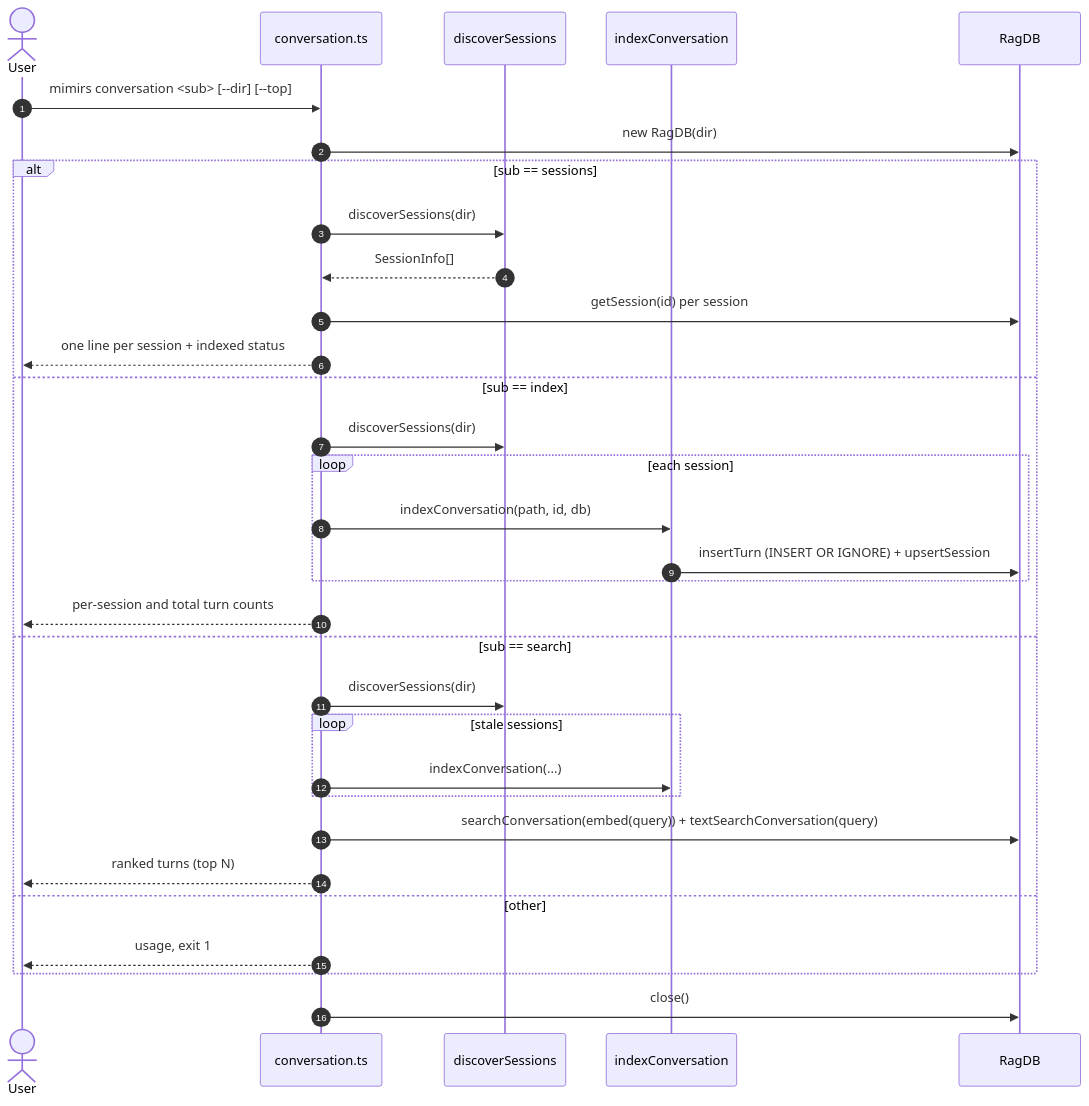
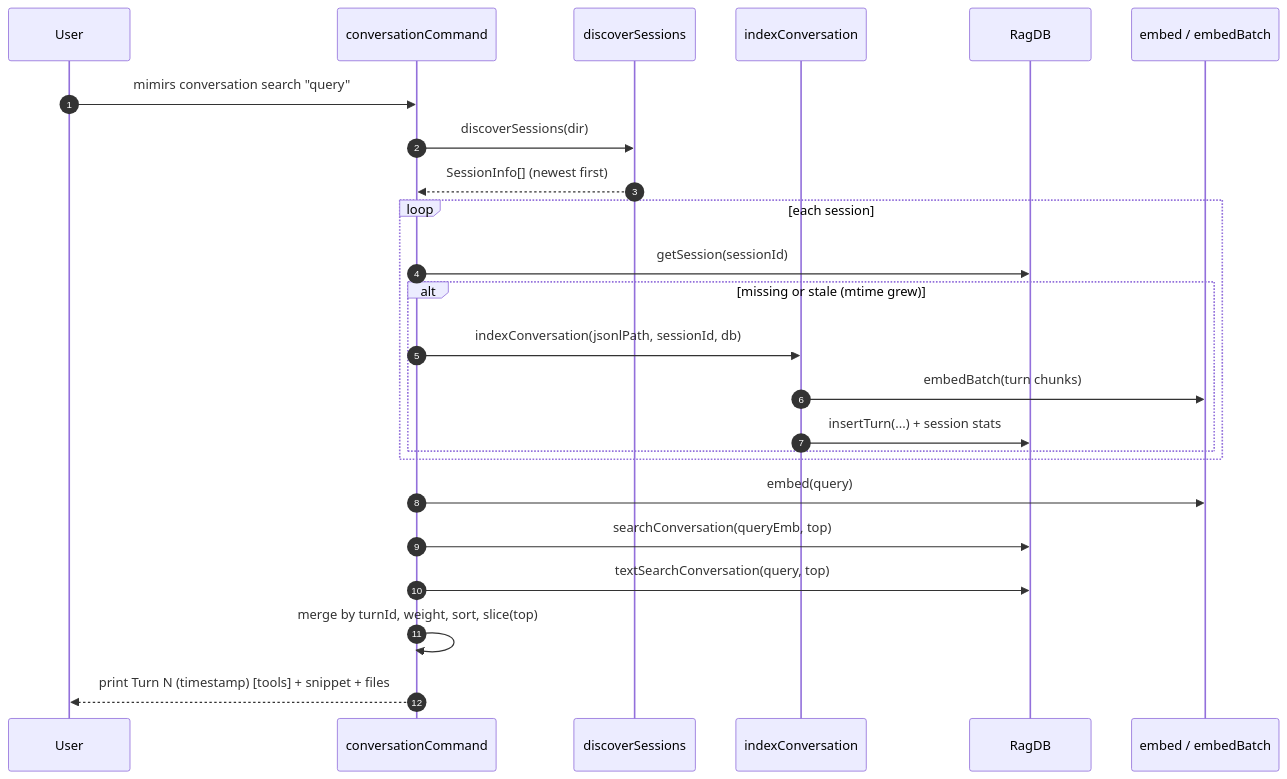
Before and after one commit to TheWinci/mimirs: the diagram in wiki/cli/conversation.md, drawn with Mermaid. The commit also changed other lines of this file and 51 other files, not shown here.

````diff
--- a/wiki/cli/conversation.md
+++ b/wiki/cli/conversation.md
@@ -44,34 +25,27 @@
 ```mermaid
 sequenceDiagram
-    autonumber
-    actor User
-    participant CLI as conversation.ts
-    participant Parser as discoverSessions
-    participant Indexer as indexConversation
-    participant DB as RagDB
-    User->>CLI: mimirs conversation <sub> [--dir] [--top]
-    CLI->>DB: new RagDB(dir)
-    alt sub == sessions
-        CLI->>Parser: discoverSessions(dir)
-        Parser-->>CLI: SessionInfo[]
-        CLI->>DB: getSession(id) per session
-        CLI-->>User: one line per session + indexed status
-    else sub == index
-        CLI->>Parser: discoverSessions(dir)
-        loop each session
-            CLI->>Indexer: indexConversation(path, id, db)
-            Indexer->>DB: insertTurn (INSERT OR IGNORE) + upsertSession
-        end
-        CLI-->>User: per-session and total turn counts
-    else sub == search
-        CLI->>Parser: discoverSessions(dir)
-        loop stale sessions
-            CLI->>Indexer: indexConversation(...)
-        end
-        CLI->>DB: searchConversation(embed(query)) + textSearchConversation(query)
-        CLI-->>User: ranked turns (top N)
-    else other
-        CLI-->>User: usage, exit 1
+  autonumber
+  participant User
+  participant CLI as conversationCommand
+  participant Disc as discoverSessions
+  participant Idx as indexConversation
+  participant DB as RagDB
+  participant Emb as embed / embedBatch
+
+  User->>CLI: mimirs conversation search "query"
+  CLI->>Disc: discoverSessions(dir)
+  Disc-->>CLI: SessionInfo[] (newest first)
+  loop each session
+    CLI->>DB: getSession(sessionId)
+    alt missing or stale (mtime grew)
+      CLI->>Idx: indexConversation(jsonlPath, sessionId, db)
+      Idx->>Emb: embedBatch(turn chunks)
+      Idx->>DB: insertTurn(...) + session stats
     end
-    CLI->>DB: close()
+  end
+  CLI->>Emb: embed(query)
+  CLI->>DB: searchConversation(queryEmb, top)
+  CLI->>DB: textSearchConversation(query, top)
+  CLI->>CLI: merge by turnId, weight, sort, slice(top)
+  CLI-->>User: print Turn N (timestamp) [tools] + snippet + files
 ```
````
